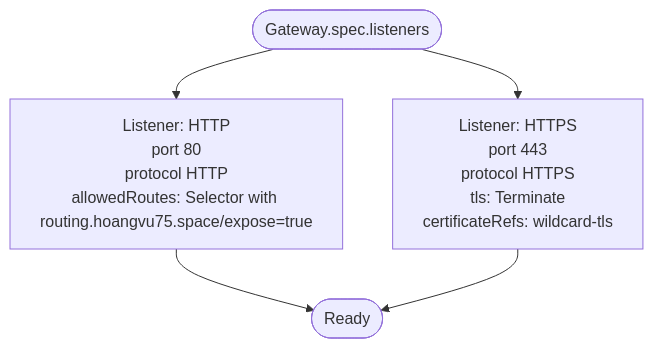
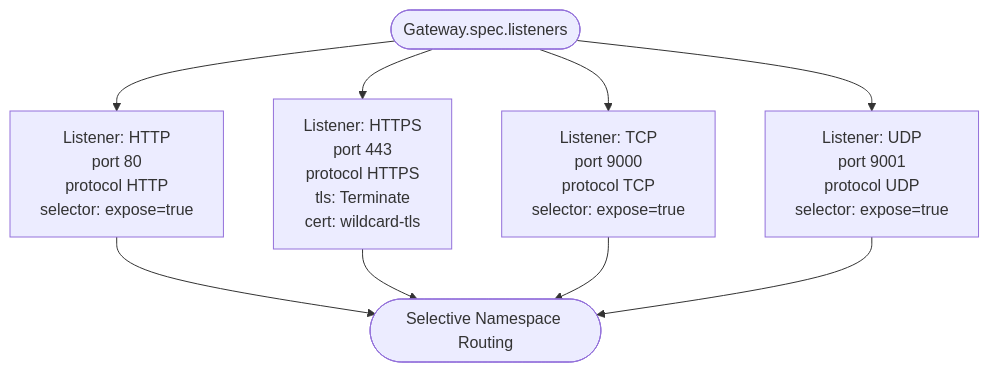
The third of 6 diagrams in .qoder/repowiki/en/content/Infrastructure Applications/Gateway API Controller.md (Hoangvu75/k8s_manifest), drawn with Mermaid before and after one commit. The commit also changed other lines of this file and 31 other files, not shown here.

````diff
--- a/.qoder/repowiki/en/content/Infrastructure Applications/Gateway API Controller.md
+++ b/.qoder/repowiki/en/content/Infrastructure Applications/Gateway API Controller.md
@@ -211,7 +164,11 @@
 ```mermaid
 flowchart TD
-Start(["Gateway.spec.listeners"]) --> HTTP["Listener: HTTP<br/>port 80<br/>protocol HTTP<br/>allowedRoutes: Selector with routing.hoangvu75.space/expose=true"]
-Start --> HTTPS["Listener: HTTPS<br/>port 443<br/>protocol HTTPS<br/>tls: Terminate<br/>certificateRefs: wildcard-tls"]
-HTTP --> End(["Ready"])
+Start(["Gateway.spec.listeners"]) --> HTTP["Listener: HTTP<br/>port 80<br/>protocol HTTP<br/>selector: expose=true"]
+Start --> HTTPS["Listener: HTTPS<br/>port 443<br/>protocol HTTPS<br/>tls: Terminate<br/>cert: wildcard-tls"]
+Start --> TCP["Listener: TCP<br/>port 9000<br/>protocol TCP<br/>selector: expose=true"]
+Start --> UDP["Listener: UDP<br/>port 9001<br/>protocol UDP<br/>selector: expose=true"]
+HTTP --> End(["Selective Namespace Routing"])
 HTTPS --> End
+TCP --> End
+UDP --> End
 ```
````
